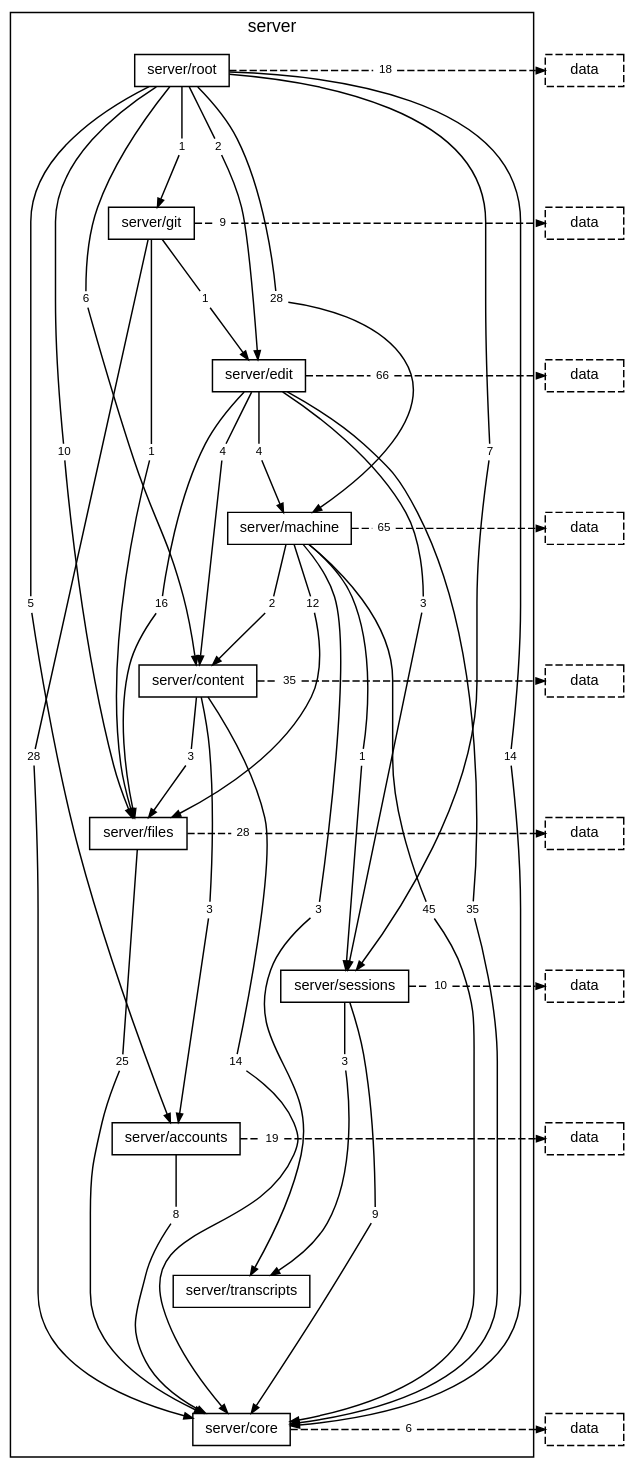
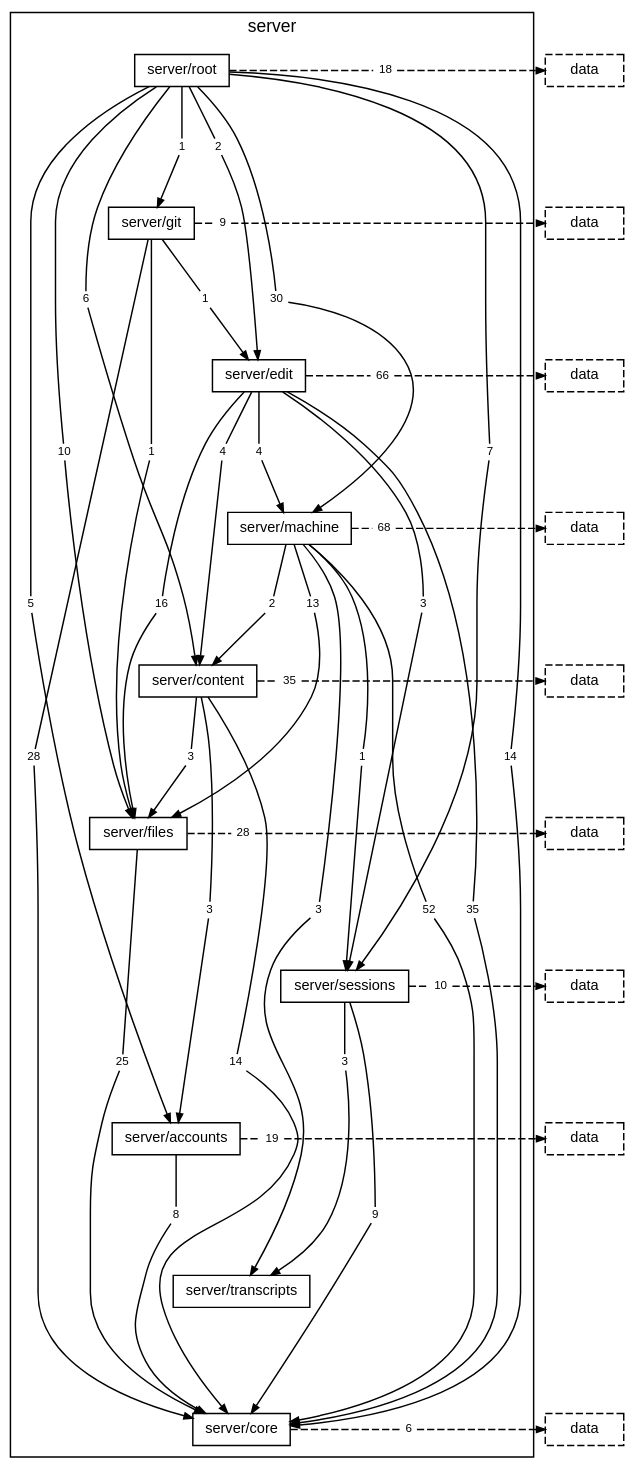
The diagram in docs/diagrams/layer-server.dot (TheAxeC/oculus), drawn with Graphviz before and after one commit. The commit also changed 110 other files, not shown here.

```diff
--- a/docs/diagrams/layer-server.dot
+++ b/docs/diagrams/layer-server.dot
@@ -20,7 +20,7 @@
         "folder server/root to folder server/edit" [label="2", shape=box, color="transparent", fontsize=8, width=0, height=0, margin="0.04,0.02"];
         "folder server/root to folder server/files" [label="10", shape=box, color="transparent", fontsize=8, width=0, height=0, margin="0.04,0.02"];
         "folder server/root to folder server/git" [label="1", shape=box, color="transparent", fontsize=8, width=0, height=0, margin="0.04,0.02"];
-        "folder server/root to folder server/machine" [label="28", shape=box, color="transparent", fontsize=8, width=0, height=0, margin="0.04,0.02"];
+        "folder server/root to folder server/machine" [label="30", shape=box, color="transparent", fontsize=8, width=0, height=0, margin="0.04,0.02"];
         "folder server/root to folder server/sessions" [label="7", shape=box, color="transparent", fontsize=8, width=0, height=0, margin="0.04,0.02"];
         "folder server/root to layer data" [label="18", shape=box, color="transparent", fontsize=8, width=0, height=0, margin="0.04,0.02"];
         "folder server/git to folder server/core" [label="28", shape=box, color="transparent", fontsize=8, width=0, height=0, margin="0.04,0.02"];
@@ -34,11 +34,11 @@
         "folder server/edit to folder server/sessions" [label="3", shape=box, color="transparent", fontsize=8, width=0, height=0, margin="0.04,0.02"];
         "folder server/edit to layer data" [label="66", shape=box, color="transparent", fontsize=8, width=0, height=0, margin="0.04,0.02"];
         "folder server/machine to folder server/content" [label="2", shape=box, color="transparent", fontsize=8, width=0, height=0, margin="0.04,0.02"];
-        "folder server/machine to folder server/core" [label="45", shape=box, color="transparent", fontsize=8, width=0, height=0, margin="0.04,0.02"];
-        "folder server/machine to folder server/files" [label="12", shape=box, color="transparent", fontsize=8, width=0, height=0, margin="0.04,0.02"];
+        "folder server/machine to folder server/core" [label="52", shape=box, color="transparent", fontsize=8, width=0, height=0, margin="0.04,0.02"];
+        "folder server/machine to folder server/files" [label="13", shape=box, color="transparent", fontsize=8, width=0, height=0, margin="0.04,0.02"];
         "folder server/machine to folder server/sessions" [label="1", shape=box, color="transparent", fontsize=8, width=0, height=0, margin="0.04,0.02"];
         "folder server/machine to folder server/transcripts" [label="3", shape=box, color="transparent", fontsize=8, width=0, height=0, margin="0.04,0.02"];
-        "folder server/machine to layer data" [label="65", shape=box, color="transparent", fontsize=8, width=0, height=0, margin="0.04,0.02"];
+        "folder server/machine to layer data" [label="68", shape=box, color="transparent", fontsize=8, width=0, height=0, margin="0.04,0.02"];
         "folder server/content to folder server/accounts" [label="3", shape=box, color="transparent", fontsize=8, width=0, height=0, margin="0.04,0.02"];
         "folder server/content to folder server/core" [label="14", shape=box, color="transparent", fontsize=8, width=0, height=0, margin="0.04,0.02"];
         "folder server/content to folder server/files" [label="3", shape=box, color="transparent", fontsize=8, width=0, height=0, margin="0.04,0.02"];
```
